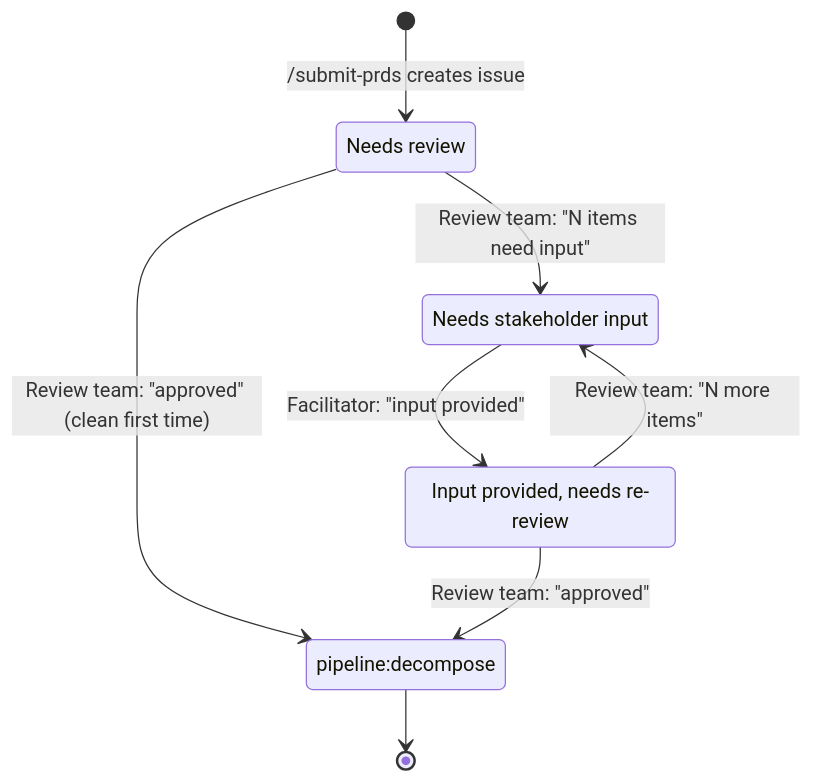
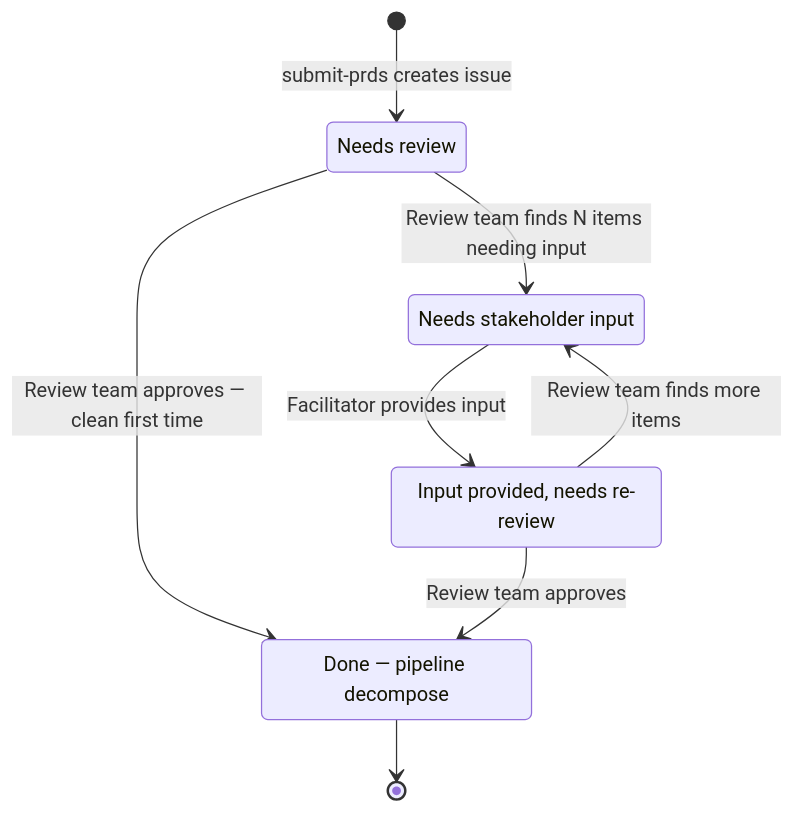
The fifth of 8 diagrams in docs/research/pipeline-redesign-v2.md (themachinagod/andgasm-claude-orchestration-project), drawn with Mermaid before and after one commit. The commit also changed other lines of this file and 10 other files, not shown here.

````diff
--- a/docs/research/pipeline-redesign-v2.md
+++ b/docs/research/pipeline-redesign-v2.md
@@ -266,17 +266,17 @@
 ```mermaid
 stateDiagram-v2
-    [*] --> needs_review : /submit-prds creates issue
+    [*] --> needs_review : submit-prds creates issue
 
     state "Needs review" as needs_review
     state "Needs stakeholder input" as needs_input
     state "Input provided, needs re-review" as needs_rereview
+    state "Done — pipeline decompose" as done
 
-    needs_review --> needs_input : Review team: "N items need input"
-    needs_review --> done : Review team: "approved" (clean first time)
-    needs_input --> needs_rereview : Facilitator: "input provided"
-    needs_rereview --> needs_input : Review team: "N more items"
-    needs_rereview --> done : Review team: "approved"
+    needs_review --> needs_input : Review team finds N items needing input
+    needs_review --> done : Review team approves — clean first time
+    needs_input --> needs_rereview : Facilitator provides input
+    needs_rereview --> needs_input : Review team finds more items
+    needs_rereview --> done : Review team approves
 
-    state "pipeline:decompose" as done
     done --> [*]
 ```
````
